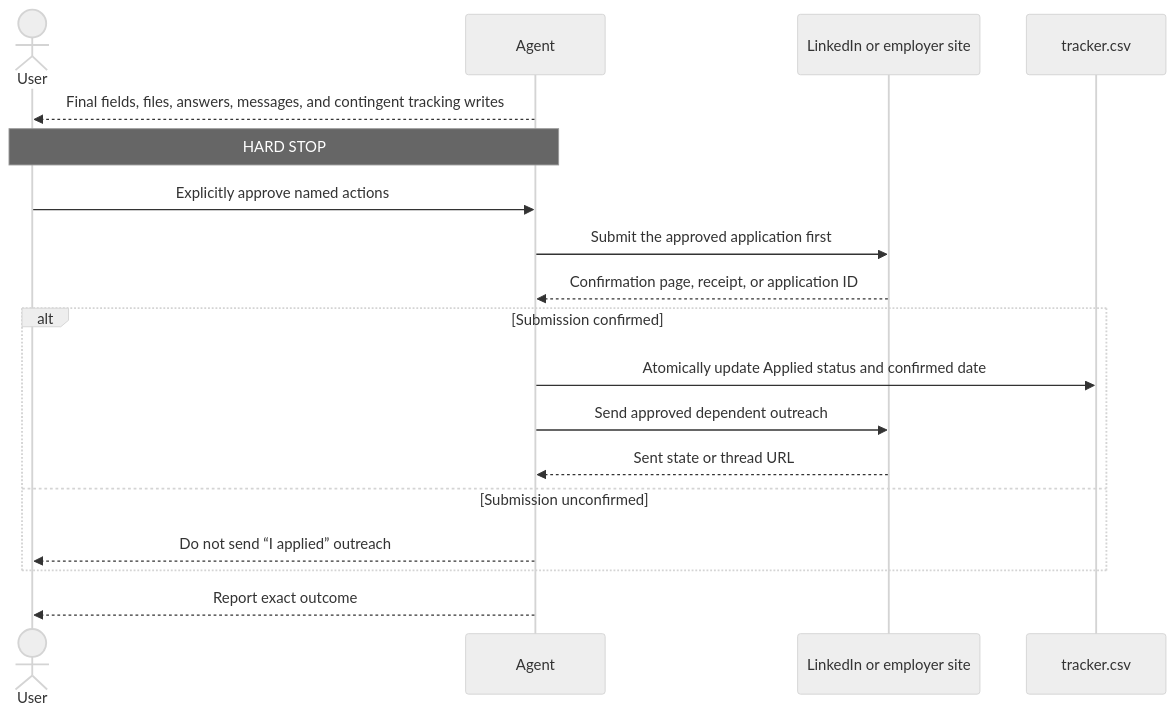
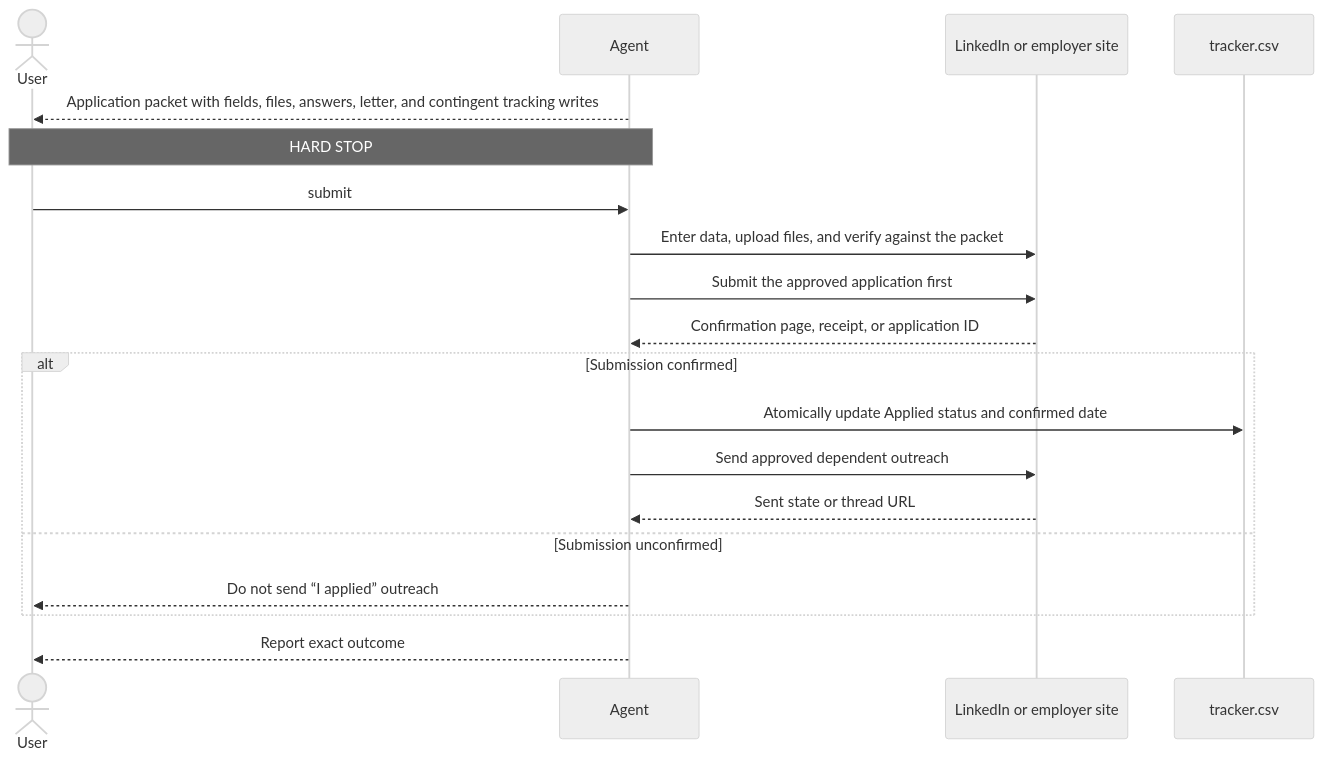
The second of 2 diagrams in linkedin-job-pilot/references/application-gates.md (fsw0422/skills), drawn with Mermaid (neutral theme) before and after one commit. The commit also changed other lines of this file and 3 other files, not shown here.

First line of the commit message:
feat(linkedin-job-pilot): use one submit approval per application (#5)

````diff
--- a/linkedin-job-pilot/references/application-gates.md
+++ b/linkedin-job-pilot/references/application-gates.md
@@ -173,20 +180,21 @@
 ```mermaid
 sequenceDiagram
     actor U as User
     participant A as Agent
     participant S as LinkedIn or employer site
     participant C as tracker.csv
-    A-->>U: Final fields, files, answers, messages, and contingent tracking writes
+    A-->>U: Application packet with fields, files, answers, letter, and contingent tracking writes
     Note over A,U: HARD STOP
-    U->>A: Explicitly approve named actions
+    U->>A: submit
+    A->>S: Enter data, upload files, and verify against the packet
     A->>S: Submit the approved application first
     S-->>A: Confirmation page, receipt, or application ID
     alt Submission confirmed
         A->>C: Atomically update Applied status and confirmed date
         A->>S: Send approved dependent outreach
         S-->>A: Sent state or thread URL
     else Submission unconfirmed
         A-->>U: Do not send “I applied” outreach
     end
     A-->>U: Report exact outcome
 ```
````
